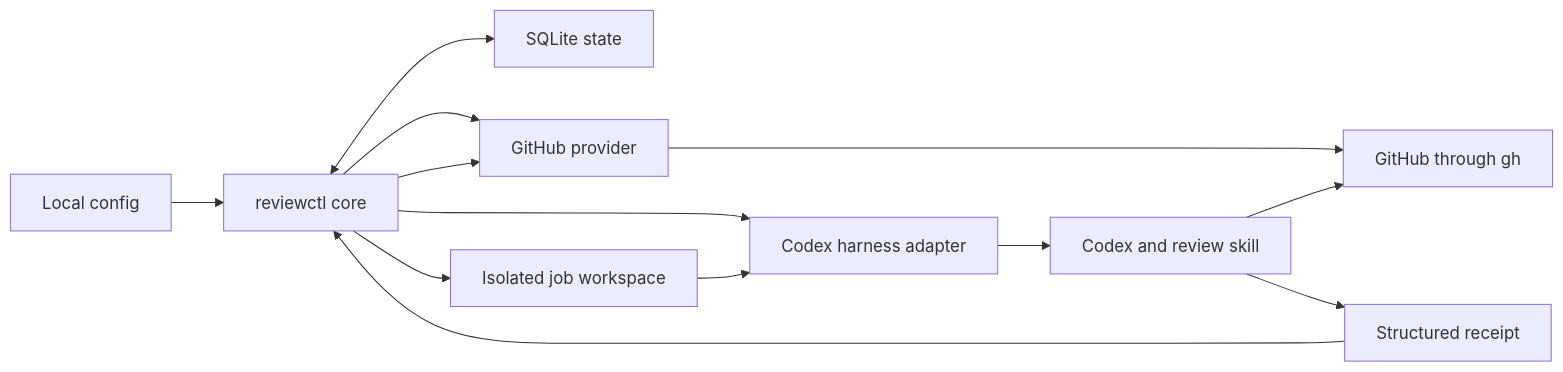
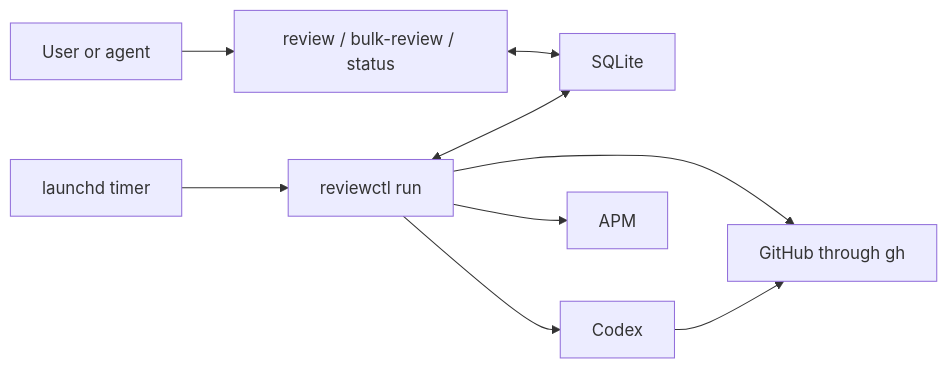
One commit to denifilatoff/reviewctl changed the diagram in docs/architecture.md. Above: the diagram before and after it, drawn with Mermaid. The commit also changed other lines of this file, not shown here.

Commit message:
docs: simplify reviewctl MVP architecture

````diff
--- a/docs/architecture.md
+++ b/docs/architecture.md
@@ -39,15 +57,11 @@
 ```mermaid
 flowchart LR
-    Config["Local config"] --> Core["reviewctl core"]
-    Core <--> State["SQLite state"]
-    Core --> Provider["GitHub provider"]
-    Provider --> GH["GitHub through gh"]
-    Core --> Workspace["Isolated job workspace"]
-    Core --> Harness["Codex harness adapter"]
-    Workspace --> Harness
-    Harness --> Agent["Codex and review skill"]
-    Agent --> GH
-    Agent --> Receipt["Structured receipt"]
-    Receipt --> Core
-    Core --> Provider
+    Timer["launchd timer"] --> Run["reviewctl run"]
+    User["User or agent"] --> CLI["review / bulk-review / status"]
+    Run <--> DB["SQLite"]
+    CLI <--> DB
+    Run --> GH["GitHub through gh"]
+    Run --> APM["APM"]
+    Run --> Codex["Codex"]
+    Codex --> GH
 ```
````
